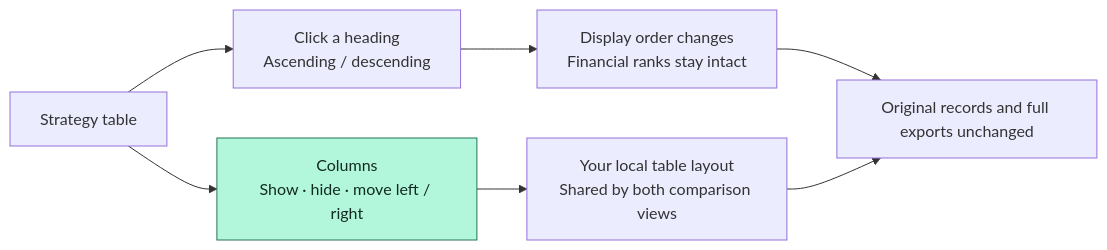
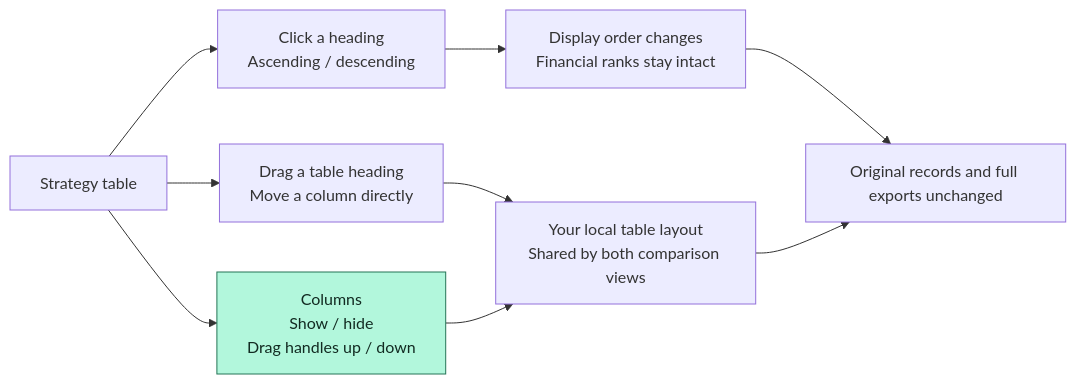
Before and after one commit to mamamiya7/backtest-vault: the third of 8 diagrams in README.md, drawn with Mermaid. The commit also changed other lines of this file and 14 other files, not shown here.

Commit message:
Simplify comparison controls and add mouse drag column ordering

````diff
--- a/README.md
+++ b/README.md
@@ -102,10 +102,12 @@
 ```mermaid
 flowchart LR
     A["Strategy table"] --> B["Click a heading<br/>Ascending / descending"]
-    A --> C["Columns<br/>Show · hide · move left / right"]
+    A --> H["Drag a table heading<br/>Move a column directly"]
+    H --> E
+    A --> C["Columns<br/>Show / hide<br/>Drag handles up / down"]
     B --> D["Display order changes<br/>Financial ranks stay intact"]
     C --> E["Your local table layout<br/>Shared by both comparison views"]
     D --> F["Original records and full exports unchanged"]
     E --> F
     style C fill:#b2f7dc,stroke:#247456,color:#122b22
 ```
````
